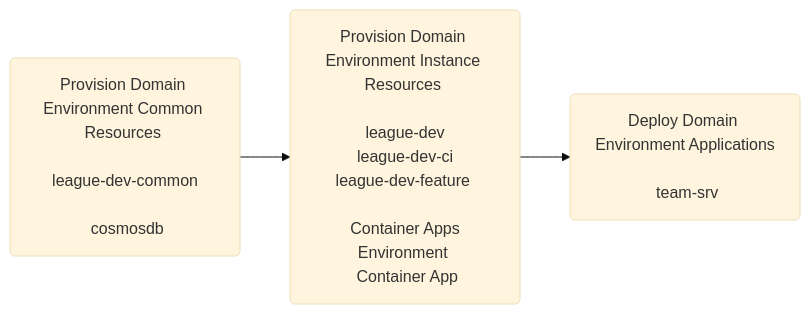
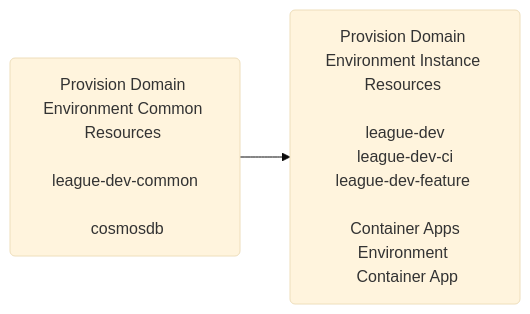
Before and after one commit to Miruken-Go/demo.microservice: the second of 8 diagrams in deployment/design/SystemResourcesDeploymentFlow.md, drawn with Mermaid (base theme). The commit also changed other lines of this file, not shown here.

````diff
--- a/deployment/design/SystemResourcesDeploymentFlow.md
+++ b/deployment/design/SystemResourcesDeploymentFlow.md
@@ -37,11 +37,9 @@
 ```mermaid
 
 flowchart LR
     A(Provision Domain Environment Common Resources </br></br> league-dev-common </br></br> cosmosdb)
 
     B(Provision Domain Environment Instance Resources </br></br> league-dev </br> league-dev-ci </br>league-dev-feature </br></br> Container Apps Environment </br> Container App)
 
-    C(Deploy Domain Environment Applications</br></br> team-srv)
-    
-    A --> B --> C
+    A --> B
 ```
````
